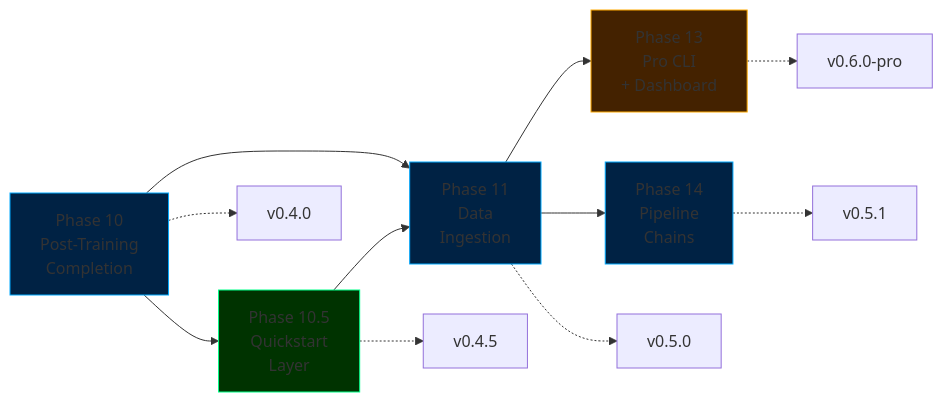
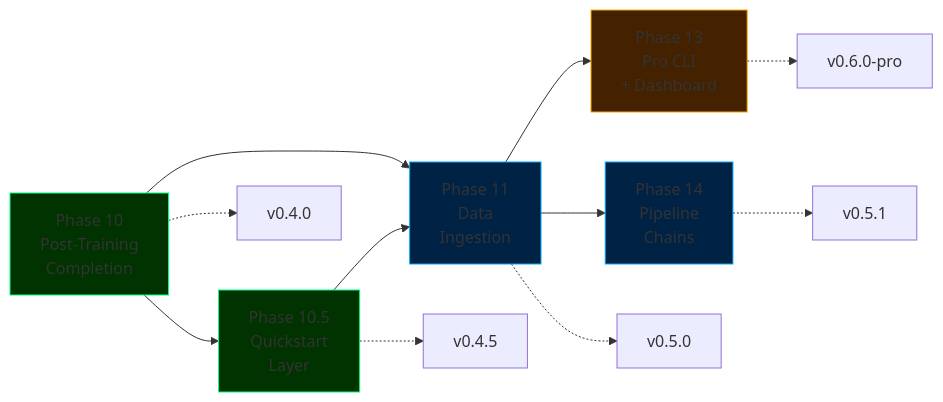
One commit to cemililik/ForgeLM changed the diagram in docs/roadmap.md. Above: the diagram before and after it, drawn with Mermaid. The commit also changed other lines of this file and 19 other files, not shown here.

````diff
--- a/docs/roadmap.md
+++ b/docs/roadmap.md
@@ -23,20 +23,20 @@
 ```mermaid
 graph LR
     P10[Phase 10<br/>Post-Training<br/>Completion] --> P105[Phase 10.5<br/>Quickstart<br/>Layer]
     P10 --> P11[Phase 11<br/>Data<br/>Ingestion]
     P105 --> P11
     P11 --> P13[Phase 13<br/>Pro CLI<br/>+ Dashboard]
     P11 --> P14[Phase 14<br/>Pipeline<br/>Chains]
 
     P10 -.-> V1[v0.4.0]
     P105 -.-> V15[v0.4.5]
     P11 -.-> V2[v0.5.0]
     P14 -.-> V25[v0.5.1]
     P13 -.-> V3[v0.6.0-pro]
 
-    style P10 fill:#002244,stroke:#00aaff
+    style P10 fill:#003300,stroke:#00ff88
     style P105 fill:#003300,stroke:#00ff88
     style P11 fill:#002244,stroke:#00aaff
     style P13 fill:#442200,stroke:#ffaa00
     style P14 fill:#002244,stroke:#00aaff
 ```
````
